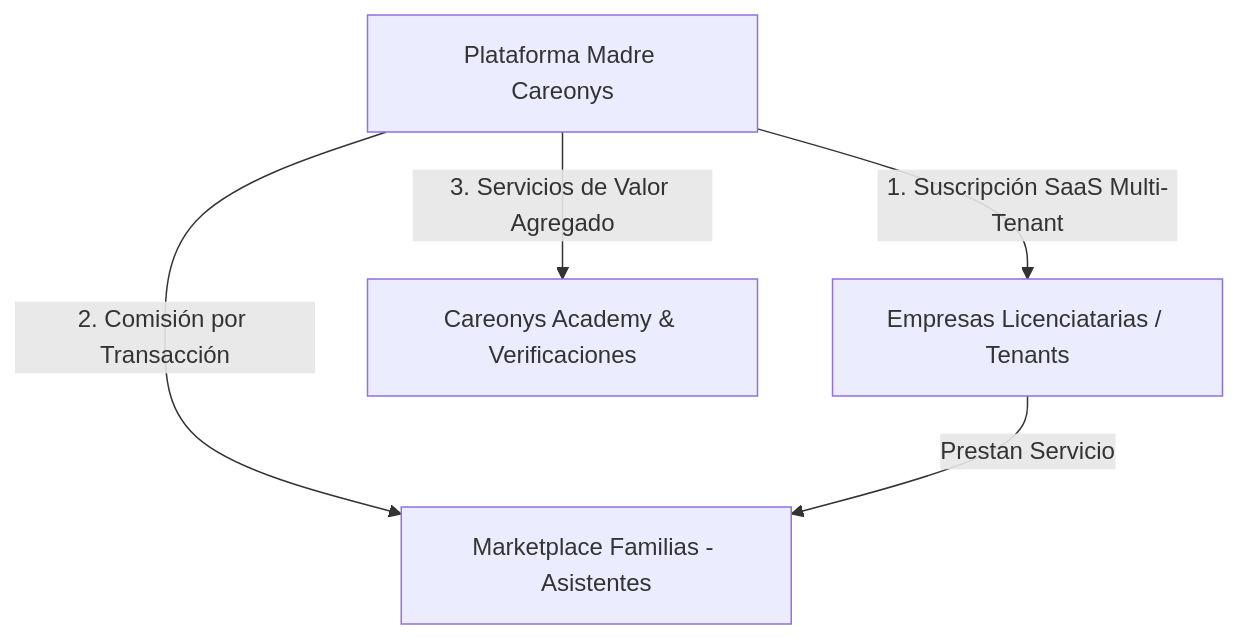
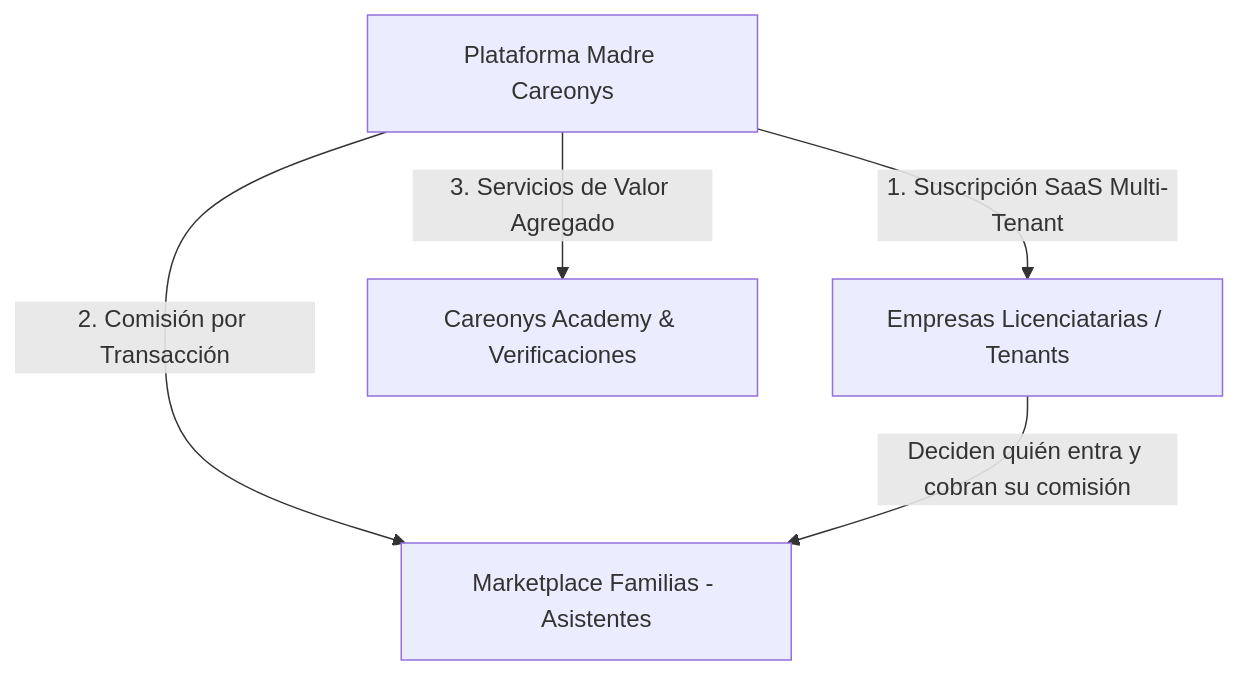
The diagram in docs/modelo_de_negocios_careonys.md (CeltaTech/Careonys-Marketplace), drawn with Mermaid before and after one commit. The commit also changed other lines of this file and 5 other files, not shown here.

````diff
--- a/docs/modelo_de_negocios_careonys.md
+++ b/docs/modelo_de_negocios_careonys.md
@@ -22,7 +22,7 @@
 ```mermaid
 graph TD
     A[Plataforma Madre Careonys] -->|1. Suscripción SaaS Multi-Tenant| B[Empresas Licenciatarias / Tenants]
     A -->|2. Comisión por Transacción| C[Marketplace Familias - Asistentes]
     A -->|3. Servicios de Valor Agregado| D[Careonys Academy & Verificaciones]
-    B -->|Prestan Servicio| C
+    B -->|Deciden quién entra y cobran su comisión| C
 ```
````
